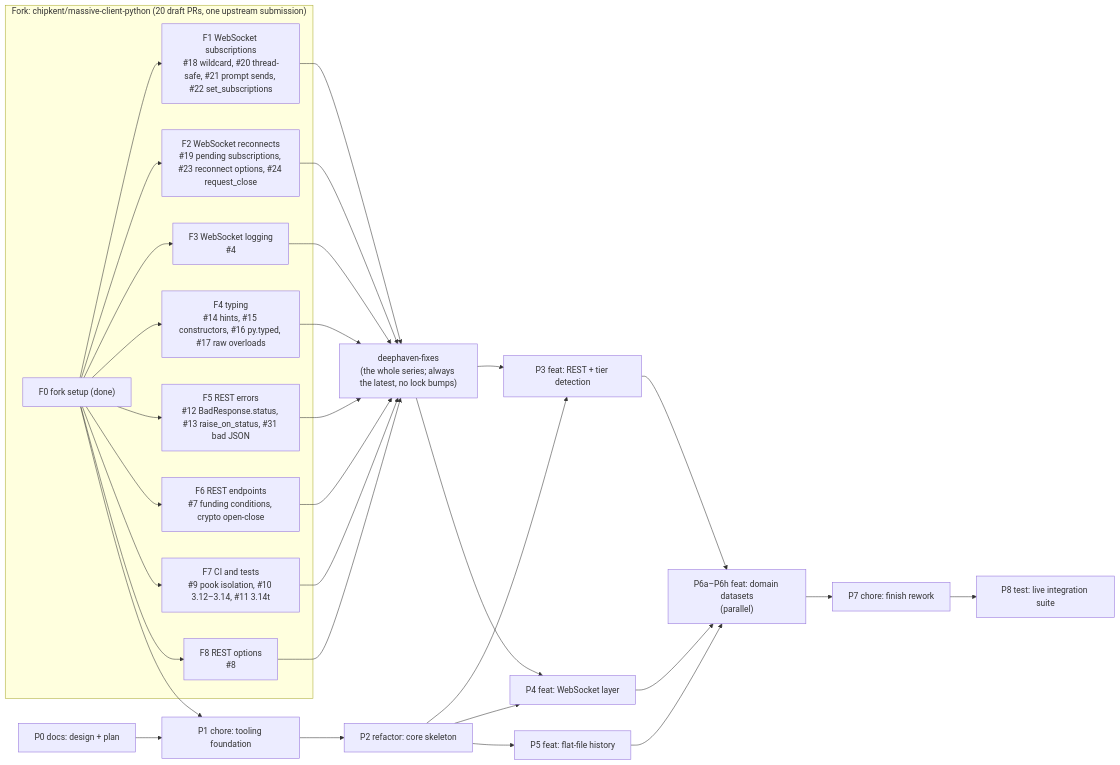
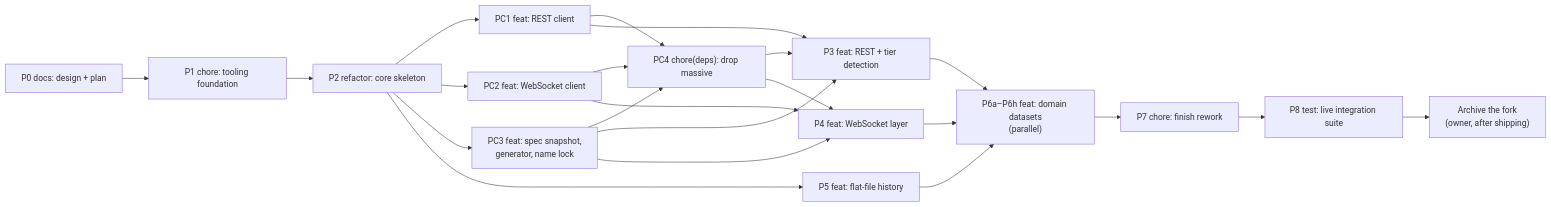
One commit to chipkent/deephaven-massive changed the diagram in plans/rework/PLAN.md. Above: the diagram before and after it, drawn with Mermaid. The commit also changed other lines of this file and 2 other files, not shown here.

First line of the commit message:
docs: own REST and WebSocket clients generated from Massive's OpenAPI spec

````diff
--- a/plans/rework/PLAN.md
+++ b/plans/rework/PLAN.md
@@ -59,29 +60,16 @@
 ```mermaid
 flowchart LR
-    subgraph fork["Fork: chipkent/massive-client-python (20 draft PRs, one upstream submission)"]
-        F0["F0 fork setup (done)"]
-        F1["F1 WebSocket subscriptions<br/>#18 wildcard, #20 thread-safe, #21 prompt sends, #22 set_subscriptions"]
-        F2["F2 WebSocket reconnects<br/>#19 pending subscriptions, #23 reconnect options, #24 request_close"]
-        F3["F3 WebSocket logging<br/>#4"]
-        F4["F4 typing<br/>#14 hints, #15 constructors, #16 py.typed, #17 raw overloads"]
-        F5["F5 REST errors<br/>#12 BadResponse.status, #13 raise_on_status, #31 bad JSON"]
-        F6["F6 REST endpoints<br/>#7 funding conditions, crypto open-close"]
-        F7["F7 CI and tests<br/>#9 pook isolation, #10 3.12–3.14, #11 3.14t"]
-        F8["F8 REST options<br/>#8"]
-        F0 --> F1 & F2 & F3 & F4 & F5 & F6 & F7 & F8
-    end
-
-    DF["deephaven-fixes<br/>(the whole series; always the latest, no lock bumps)"]
-    F1 & F2 & F3 & F4 & F5 & F6 & F7 & F8 --> DF
-
     P0["P0 docs: design + plan"] --> P1["P1 chore: tooling foundation"]
-    F0 --> P1
     P1 --> P2["P2 refactor: core skeleton"]
-    P2 --> P3["P3 feat: REST + tier detection"]
-    P2 --> P4["P4 feat: WebSocket layer"]
+    P2 --> PC1["PC1 feat: REST client"]
+    P2 --> PC2["PC2 feat: WebSocket client"]
+    P2 --> PC3["PC3 feat: spec snapshot,<br/>generator, name lock"]
     P2 --> P5["P5 feat: flat-file history"]
-    DF --> P3 & P4
+    PC1 & PC2 & PC3 --> PC4["PC4 chore(deps): drop massive"]
+    PC1 & PC3 & PC4 --> P3["P3 feat: REST + tier detection"]
+    PC2 & PC3 & PC4 --> P4["P4 feat: WebSocket layer"]
     P3 & P4 & P5 --> P6["P6a–P6h feat: domain datasets<br/>(parallel)"]
     P6 --> P7["P7 chore: finish rework"]
     P7 --> P8["P8 test: live integration suite"]
+    P8 --> AF["Archive the fork<br/>(owner, after shipping)"]
 ```
````
